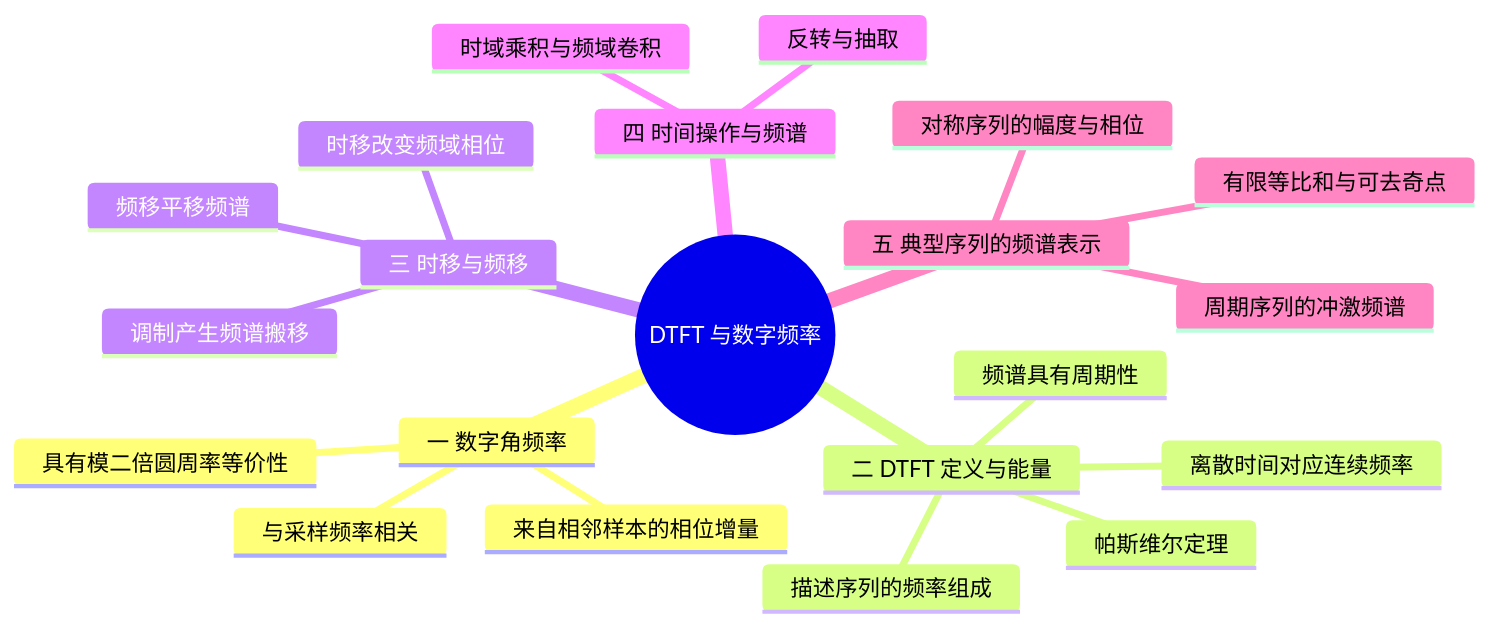
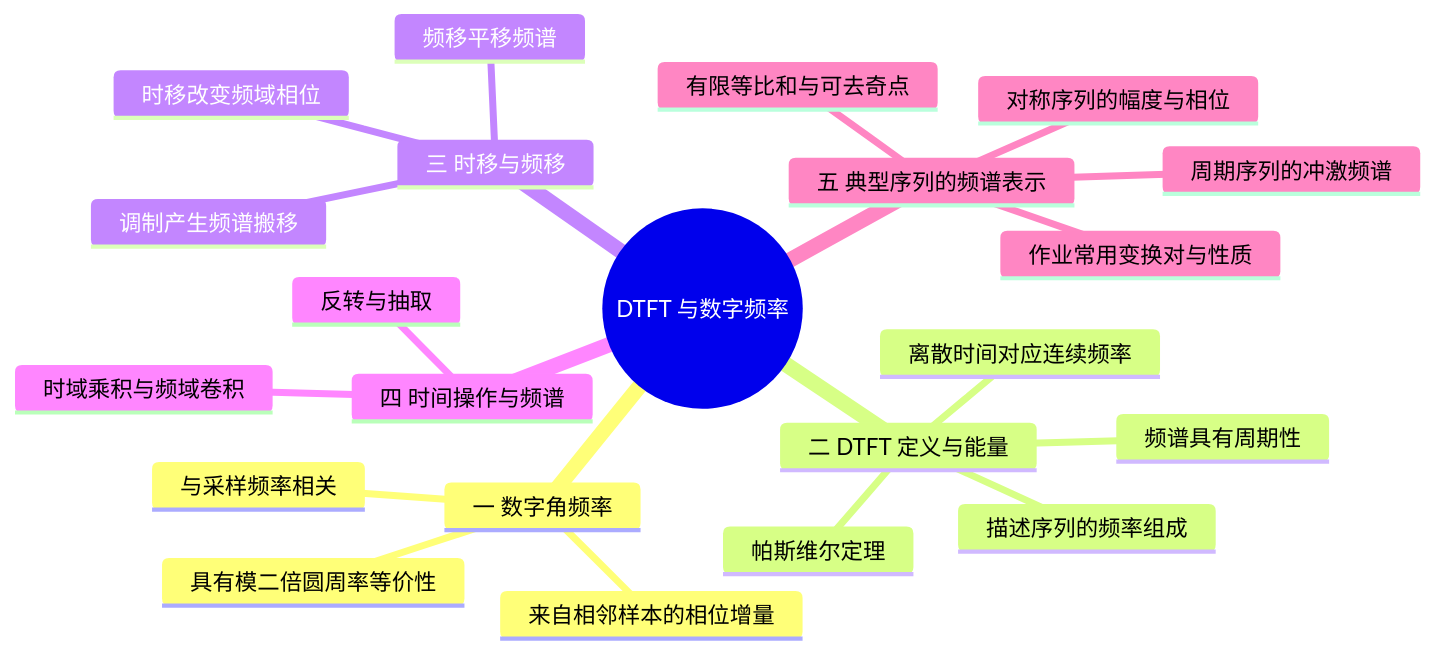
One commit to 3280441136-lab/My_Obsidian_Notes changed the first of 2 diagrams in 学习/学校课程/数字信号处理（3学分）/04 第4课 DTFT与数字频率.md. Above: the diagram before and after it, drawn with Mermaid. The commit also changed 1 other file, not shown here.

Commit message:
vault backup: 2026-10-27 23:49:39

````diff
--- a/学习/学校课程/数字信号处理（3学分）/04 第4课 DTFT与数字频率.md
+++ b/学习/学校课程/数字信号处理（3学分）/04 第4课 DTFT与数字频率.md
@@ -5,24 +5,25 @@
 ```mermaid
 mindmap
   root((DTFT 与数字频率))
     一 数字角频率
       来自相邻样本的相位增量
       与采样频率相关
       具有模二倍圆周率等价性
     二 DTFT 定义与能量
       离散时间对应连续频率
       频谱具有周期性
       描述序列的频率组成
       帕斯维尔定理
     三 时移与频移
       时移改变频域相位
       频移平移频谱
       调制产生频谱搬移
     四 时间操作与频谱
       反转与抽取
       时域乘积与频域卷积
     五 典型序列的频谱表示
       有限等比和与可去奇点
       对称序列的幅度与相位
       周期序列的冲激频谱
+      作业常用变换对与性质
 ```
````
